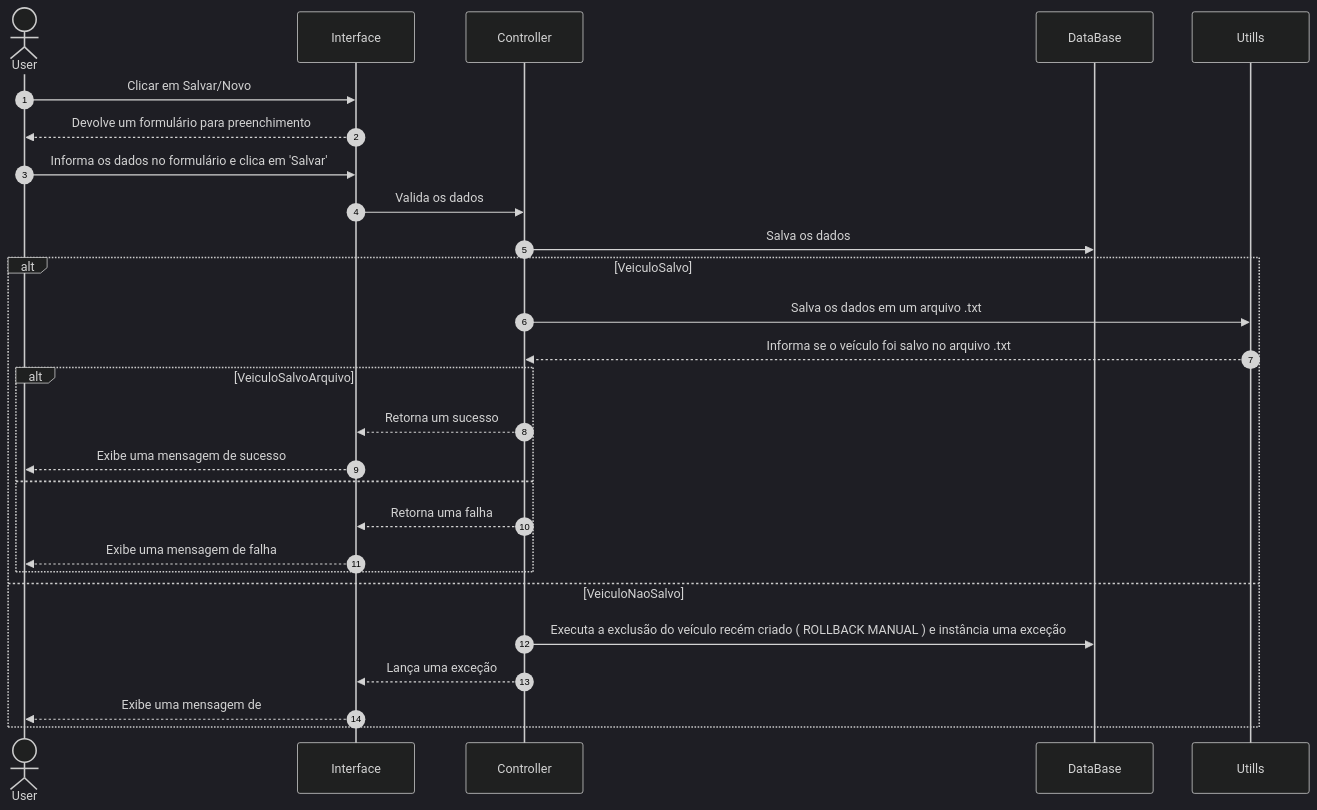
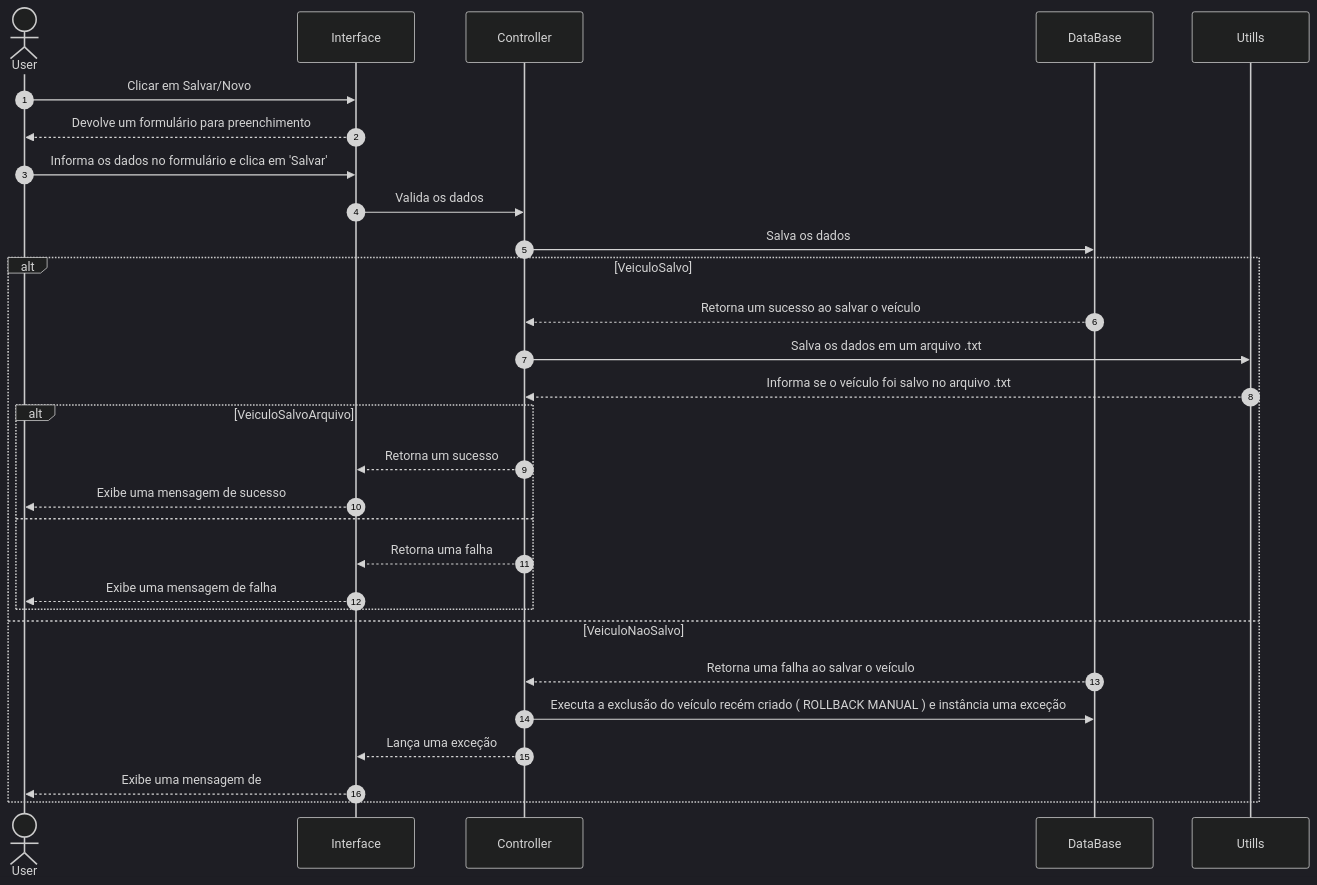
Before and after one commit to OieusouNoob/SistemaCadastroVeiculos: the first of 3 diagrams in README.md, drawn with Mermaid.

Commit message:
Update: Readme

````diff
--- a/README.md
+++ b/README.md
@@ -16,40 +16,42 @@
 ```mermaid
 ---
 config:
   theme: dark
 ---
 sequenceDiagram
     autonumber
 
     actor User
 
     participant  Interface
     participant  Controller
     participant  DataBase
     participant  Utills
 
     User ->> Interface: Clicar em Salvar/Novo
     Interface -->> User: Devolve um formulário para preenchimento
     User ->> Interface: Informa os dados no formulário e clica em 'Salvar'
     Interface ->> Controller: Valida os dados
     Controller ->> DataBase: Salva os dados
   
 
     alt VeiculoSalvo
+        DataBase -->> Controller: Retorna um sucesso ao salvar o veículo
         Controller ->> Utills: Salva os dados em um arquivo .txt
         Utills -->> Controller: Informa se o veículo foi salvo no arquivo .txt
 
         alt VeiculoSalvoArquivo
             Controller -->> Interface: Retorna um sucesso
             Interface -->> User: Exibe uma mensagem de sucesso
         else
             Controller -->> Interface: Retorna uma falha
             Interface -->> User: Exibe uma mensagem de falha
         end
     else VeiculoNaoSalvo
+        DataBase -->> Controller: Retorna uma falha ao salvar o veículo 
         Controller ->> DataBase: Executa a exclusão do veículo recém criado ( ROLLBACK MANUAL ) e instância uma exceção
         Controller -->> Interface: Lança uma exceção
         Interface -->> User: Exibe uma mensagem de 
 
     end
 ```
````
